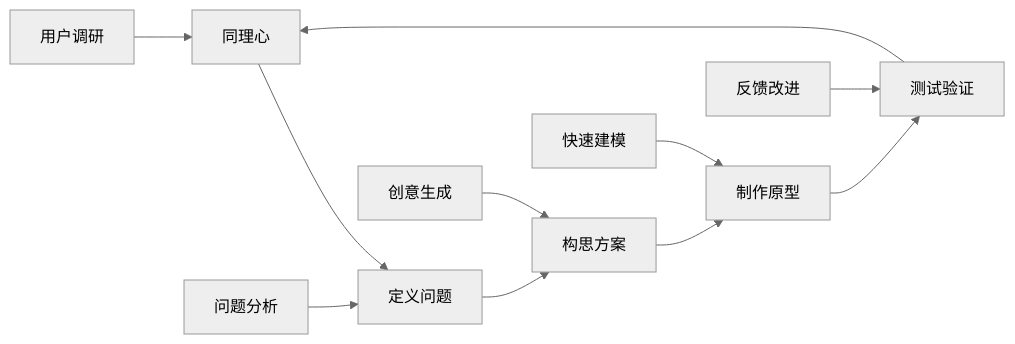
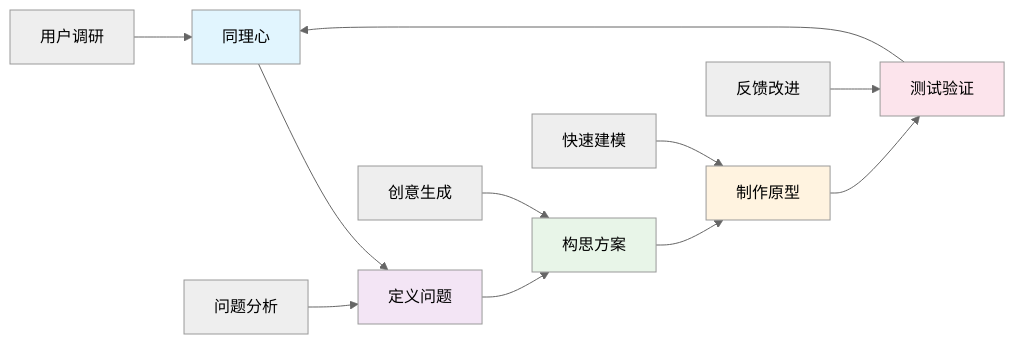
One commit to AdaMartin18010/SeniorEnducation changed the first of 7 diagrams in 03-应用实践领域/01-跨学科项目学习.md. Above: the diagram before and after it, drawn with Mermaid (neutral theme). The commit also changed other lines of this file and 16 other files, not shown here.

````diff
--- a/03-应用实践领域/01-跨学科项目学习.md
+++ b/03-应用实践领域/01-跨学科项目学习.md
@@ -60,14 +68,20 @@
 ```mermaid
 graph LR
     A[同理心] --> B[定义问题]
     B --> C[构思方案]
     C --> D[制作原型]
     D --> E[测试验证]
     E --> A
     
     A1[用户调研] --> A
     B1[问题分析] --> B
     C1[创意生成] --> C
     D1[快速建模] --> D
     E1[反馈改进] --> E
+    
+    style A fill:#e1f5fe
+    style B fill:#f3e5f5
+    style C fill:#e8f5e8
+    style D fill:#fff3e0
+    style E fill:#fce4ec
 ```
````
